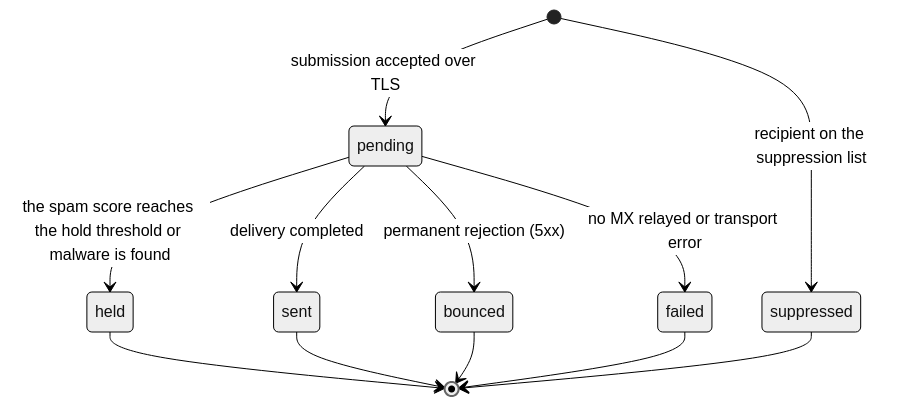
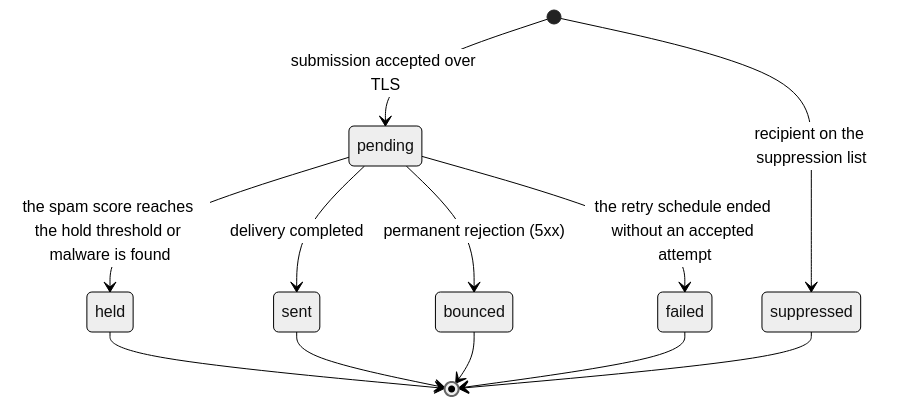
One commit to codingjoe/relay changed the first of 2 diagrams in docs/docs/message-statuses.md. Above: the diagram before and after it, drawn with Mermaid (neutral theme). The commit also changed other lines of this file and 7 other files, not shown here.

````diff
--- a/docs/docs/message-statuses.md
+++ b/docs/docs/message-statuses.md
@@ -22,16 +22,16 @@
 ```mermaid
 stateDiagram-v2
     [*] --> pending : submission accepted over TLS
     [*] --> suppressed : recipient on the suppression list
 
     pending --> held : the spam score reaches the hold threshold or malware is found
     pending --> sent : delivery completed
     pending --> bounced : permanent rejection (5xx)
-    pending --> failed : no MX relayed or transport error
+    pending --> failed : the retry schedule ended without an accepted attempt
 
     held --> [*]
     sent --> [*]
     bounced --> [*]
     failed --> [*]
     suppressed --> [*]
 ```
````
